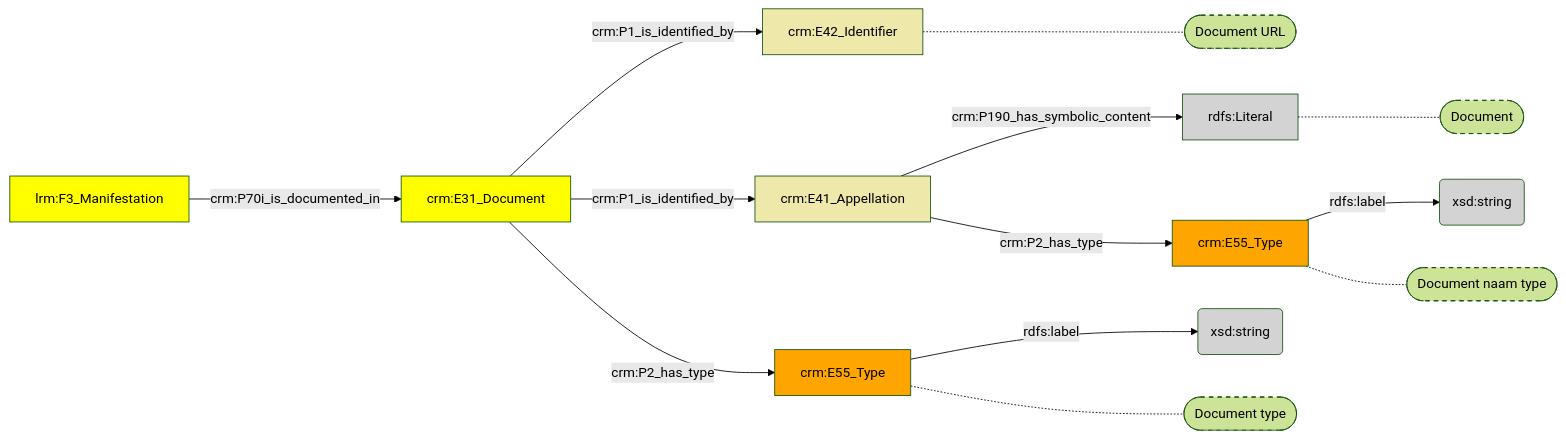
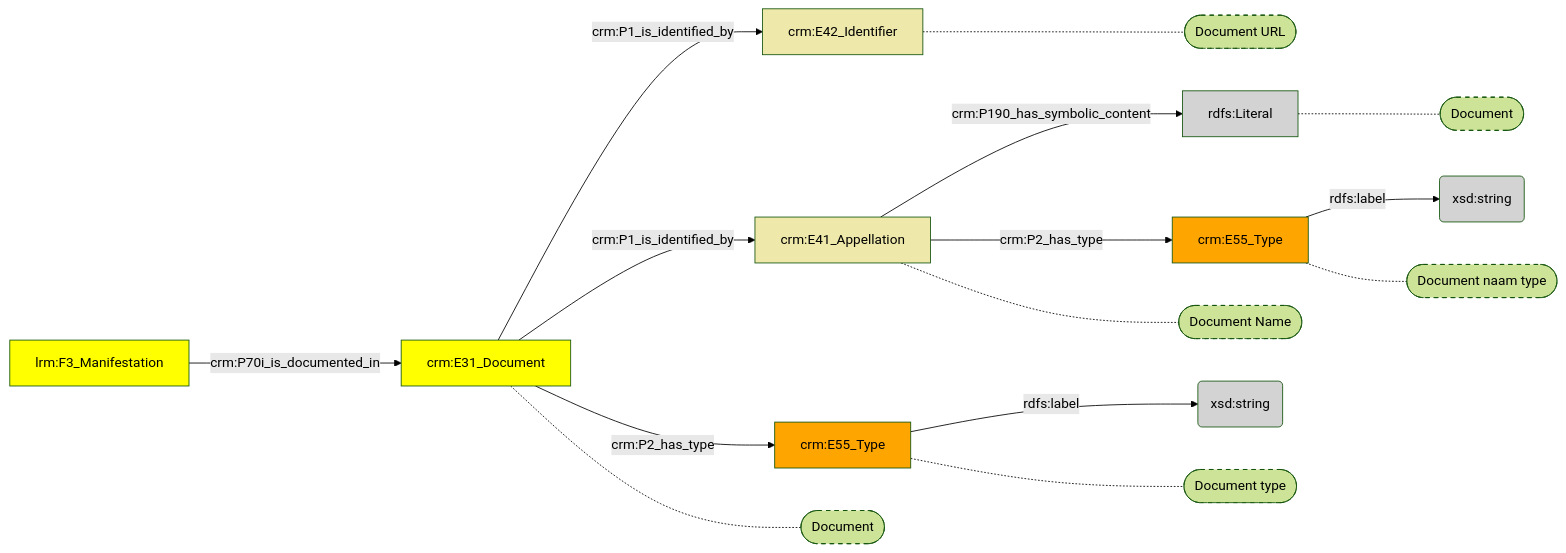
Before and after one commit to digipolisantwerpdocumentation/antwerp-cultureel-erfgoed: the diagram in docs/content/modellen/BibliographicalManifestation/VerwantMateriaal.md, drawn with Mermaid (forest theme). The commit also changed 173 other files, not shown here.

````diff
--- a/docs/content/modellen/BibliographicalManifestation/VerwantMateriaal.md
+++ b/docs/content/modellen/BibliographicalManifestation/VerwantMateriaal.md
@@ -1,28 +1,32 @@
 ```mermaid
 graph LR
 17e0f708-8e93-11ee-8f9d-96a6d245525a["crm:E41_Appellation"]-->|"crm:P190_has_symbolic_content"|17e0f74e-8e93-11ee-8f9d-96a6d245525a(rdfs:Literal)
 17e0f794-8e93-11ee-8f9d-96a6d245525a["crm:E55_Type"]-->|"rdfs:label"|17e0f7da-8e93-11ee-8f9d-96a6d245525a(xsd:string)
 17e10c7a-8e93-11ee-8f9d-96a6d245525a["crm:E55_Type"]-->|"rdfs:label"|17e0f23a-8e93-11ee-8f9d-96a6d245525a(xsd:string)
 17e0cf8a-8e93-11ee-8f9d-96a6d245525a["crm:E31_Document"]-->|"crm:P1_is_identified_by"|17e0f398-8e93-11ee-8f9d-96a6d245525a["crm:E42_Identifier"]
 17e0cf8a-8e93-11ee-8f9d-96a6d245525a["crm:E31_Document"]-->|"crm:P1_is_identified_by"|17e0f708-8e93-11ee-8f9d-96a6d245525a["crm:E41_Appellation"]
 17e0cf8a-8e93-11ee-8f9d-96a6d245525a["crm:E31_Document"]-->|"crm:P2_has_type"|17e10c7a-8e93-11ee-8f9d-96a6d245525a["crm:E55_Type"]
 17e0efec-8e93-11ee-8f9d-96a6d245525a["lrm:F3_Manifestation"]-->|"crm:P70i_is_documented_in"|17e0cf8a-8e93-11ee-8f9d-96a6d245525a["crm:E31_Document"]
 17e0f708-8e93-11ee-8f9d-96a6d245525a["crm:E41_Appellation"]-->|"crm:P2_has_type"|17e0f794-8e93-11ee-8f9d-96a6d245525a["crm:E55_Type"]
 17e0f398-8e93-11ee-8f9d-96a6d245525a["crm:E42_Identifier"]-.-17e0f398-8e93-11ee-8f9d-96a6d245525a_s(["Document URL"])
+17e0f708-8e93-11ee-8f9d-96a6d245525a["crm:E41_Appellation"]-.-17e0f708-8e93-11ee-8f9d-96a6d245525a_s(["Document Name"])
 17e10c7a-8e93-11ee-8f9d-96a6d245525a["crm:E55_Type"]-.-17e10c7a-8e93-11ee-8f9d-96a6d245525a_s(["Document type"])
+17e0cf8a-8e93-11ee-8f9d-96a6d245525a["crm:E31_Document"]-.-17e0cf8a-8e93-11ee-8f9d-96a6d245525a_s(["Document"])
 17e0f74e-8e93-11ee-8f9d-96a6d245525a["rdfs:Literal"]-.-17e0f74e-8e93-11ee-8f9d-96a6d245525a_s(["Document"])
 17e0f794-8e93-11ee-8f9d-96a6d245525a["crm:E55_Type"]-.-17e0f794-8e93-11ee-8f9d-96a6d245525a_s(["Document naam type"])
 style 17e0f398-8e93-11ee-8f9d-96a6d245525a_s stroke-dasharray: 5
+style 17e0f708-8e93-11ee-8f9d-96a6d245525a_s stroke-dasharray: 5
 style 17e10c7a-8e93-11ee-8f9d-96a6d245525a_s stroke-dasharray: 5
+style 17e0cf8a-8e93-11ee-8f9d-96a6d245525a_s stroke-dasharray: 5
 style 17e0f74e-8e93-11ee-8f9d-96a6d245525a_s stroke-dasharray: 5
 style 17e0f794-8e93-11ee-8f9d-96a6d245525a_s stroke-dasharray: 5
 style 17e0cf8a-8e93-11ee-8f9d-96a6d245525a fill:#ffff00
 style 17e0efec-8e93-11ee-8f9d-96a6d245525a fill:#ffff00
 style 17e0f23a-8e93-11ee-8f9d-96a6d245525a fill:#D3D3D3
 style 17e0f398-8e93-11ee-8f9d-96a6d245525a fill:#EEE8AA
 style 17e0f708-8e93-11ee-8f9d-96a6d245525a fill:#EEE8AA
 style 17e0f74e-8e93-11ee-8f9d-96a6d245525a fill:#D3D3D3
 style 17e0f794-8e93-11ee-8f9d-96a6d245525a fill:#ffa500
 style 17e0f7da-8e93-11ee-8f9d-96a6d245525a fill:#D3D3D3
 style 17e10c7a-8e93-11ee-8f9d-96a6d245525a fill:#ffa500
 ```
````
